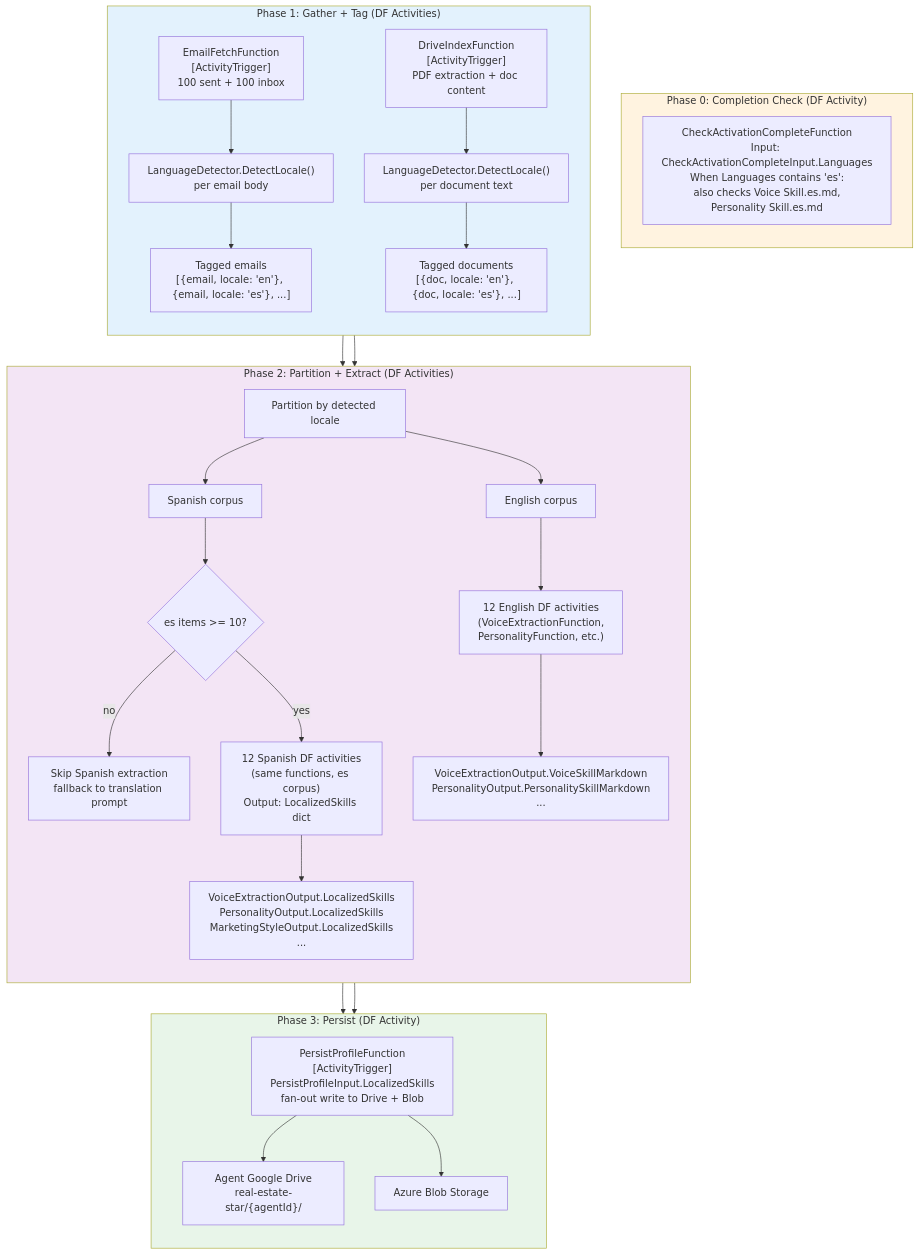
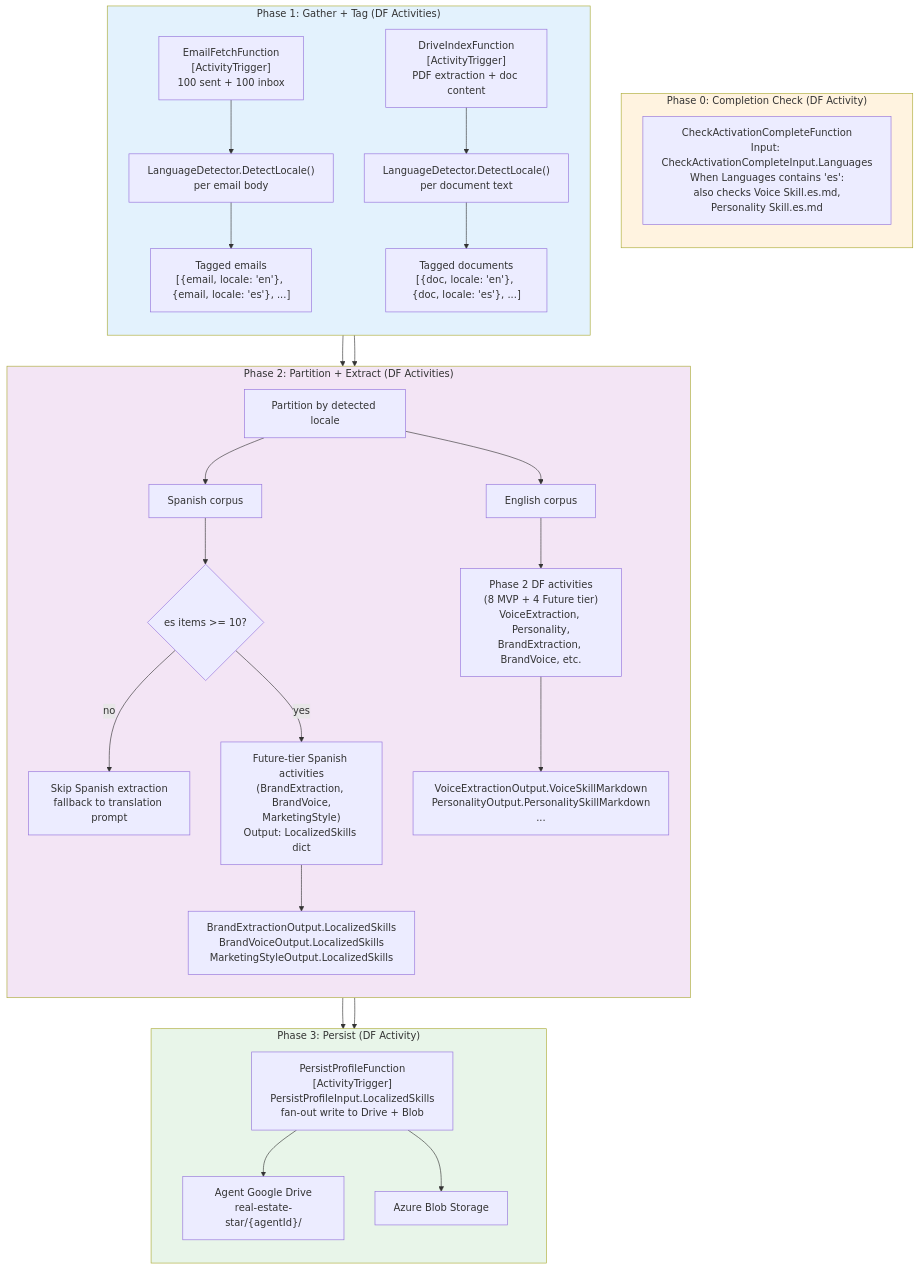
One commit to edward-rosado/jenisesells-website changed the diagram in docs/architecture/per-language-skill-extraction.md. Above: the diagram before and after it, drawn with Mermaid. The commit also changed other lines of this file and 1 other file, not shown here.

First line of the commit message:
fix: remove stale MarketingStyle/BrandVoice refs from GetSkill, update diagrams

````diff
--- a/docs/architecture/per-language-skill-extraction.md
+++ b/docs/architecture/per-language-skill-extraction.md
@@ -5,48 +5,48 @@
 ```mermaid
 flowchart TD
     subgraph Phase0["Phase 0: Completion Check (DF Activity)"]
         direction TB
         Check["CheckActivationCompleteFunction<br/>Input: CheckActivationCompleteInput.Languages<br/>When Languages contains 'es':<br/>also checks Voice Skill.es.md,<br/>Personality Skill.es.md"]
     end
 
     subgraph Phase1["Phase 1: Gather + Tag (DF Activities)"]
         direction TB
         EmailFetch["EmailFetchFunction<br/>[ActivityTrigger]<br/>100 sent + 100 inbox"] --> Detect1["LanguageDetector.DetectLocale()<br/>per email body"]
         DriveIndex["DriveIndexFunction<br/>[ActivityTrigger]<br/>PDF extraction + doc content"] --> Detect2["LanguageDetector.DetectLocale()<br/>per document text"]
 
         Detect1 --> TaggedEmails["Tagged emails<br/>[{email, locale: 'en'}, {email, locale: 'es'}, ...]"]
         Detect2 --> TaggedDocs["Tagged documents<br/>[{doc, locale: 'en'}, {doc, locale: 'es'}, ...]"]
     end
 
     subgraph Phase2["Phase 2: Partition + Extract (DF Activities)"]
         direction TB
         TaggedEmails --> Partition["Partition by detected locale"]
         TaggedDocs --> Partition
 
         Partition --> EnCorpus["English corpus"]
         Partition --> EsCorpus["Spanish corpus"]
 
         EsCorpus --> Threshold{"es items >= 10?"}
         Threshold -->|no| SkipEs["Skip Spanish extraction<br/>fallback to translation prompt"]
 
-        EnCorpus --> EnActivities["12 English DF activities<br/>(VoiceExtractionFunction,<br/>PersonalityFunction, etc.)"]
-        Threshold -->|yes| EsActivities["12 Spanish DF activities<br/>(same functions, es corpus)<br/>Output: LocalizedSkills dict"]
+        EnCorpus --> EnActivities["Phase 2 DF activities<br/>(8 MVP + 4 Future tier)<br/>VoiceExtraction, Personality,<br/>BrandExtraction, BrandVoice, etc."]
+        Threshold -->|yes| EsActivities["Future-tier Spanish activities<br/>(BrandExtraction, BrandVoice,<br/>MarketingStyle)<br/>Output: LocalizedSkills dict"]
 
         EnActivities --> EnOutputs["VoiceExtractionOutput.VoiceSkillMarkdown<br/>PersonalityOutput.PersonalitySkillMarkdown<br/>..."]
-        EsActivities --> EsOutputs["VoiceExtractionOutput.LocalizedSkills<br/>PersonalityOutput.LocalizedSkills<br/>MarketingStyleOutput.LocalizedSkills<br/>..."]
+        EsActivities --> EsOutputs["BrandExtractionOutput.LocalizedSkills<br/>BrandVoiceOutput.LocalizedSkills<br/>MarketingStyleOutput.LocalizedSkills"]
     end
 
     subgraph Phase3["Phase 3: Persist (DF Activity)"]
         direction TB
         EnOutputs --> PersistActivity["PersistProfileFunction<br/>[ActivityTrigger]<br/>PersistProfileInput.LocalizedSkills<br/>fan-out write to Drive + Blob"]
         EsOutputs --> PersistActivity
 
         PersistActivity --> AgentDrive["Agent Google Drive<br/>real-estate-star/{agentId}/"]
         PersistActivity --> AzureBlob["Azure Blob Storage"]
     end
 
     style Phase0 fill:#fff3e0
     style Phase1 fill:#e3f2fd
     style Phase2 fill:#f3e5f5
     style Phase3 fill:#e8f5e9
 ```
````
